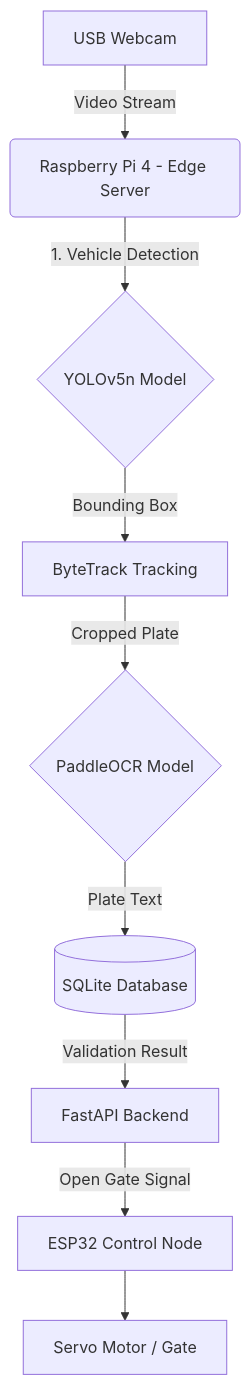
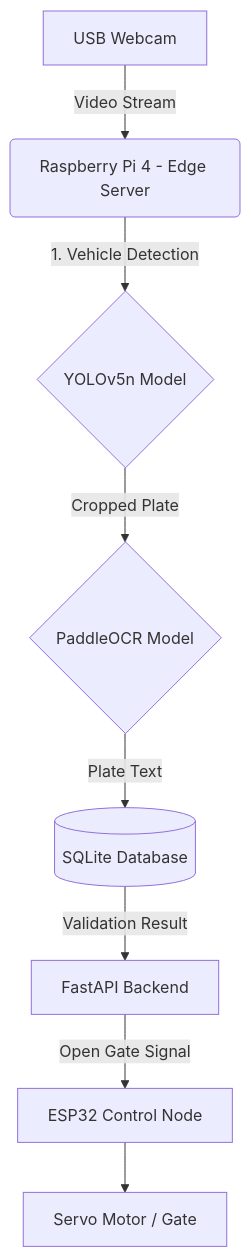
The diagram in README.md (thien2411-vn/Edge_AI_for_Vehicle_Monitoring), drawn with Mermaid before and after one commit. The commit also changed other lines of this file, not shown here.

````diff
--- a/README.md
+++ b/README.md
@@ -11,11 +11,10 @@
 ```mermaid
 graph TD
     A[USB Webcam] -->|Video Stream| B(Raspberry Pi 4 - Edge Server)
     B -->|1. Vehicle Detection| C{YOLOv5n Model}
-    C -->|Bounding Box| D[ByteTrack Tracking]
-    D -->|Cropped Plate| E{PaddleOCR Model}
+    C -->|Cropped Plate| E{PaddleOCR Model}
     E -->|Plate Text| F[(SQLite Database)]
     F -->|Validation Result| G[FastAPI Backend]
     G -->|Open Gate Signal| H[ESP32 Control Node]
     H --> I[Servo Motor / Gate]
 ```
````
